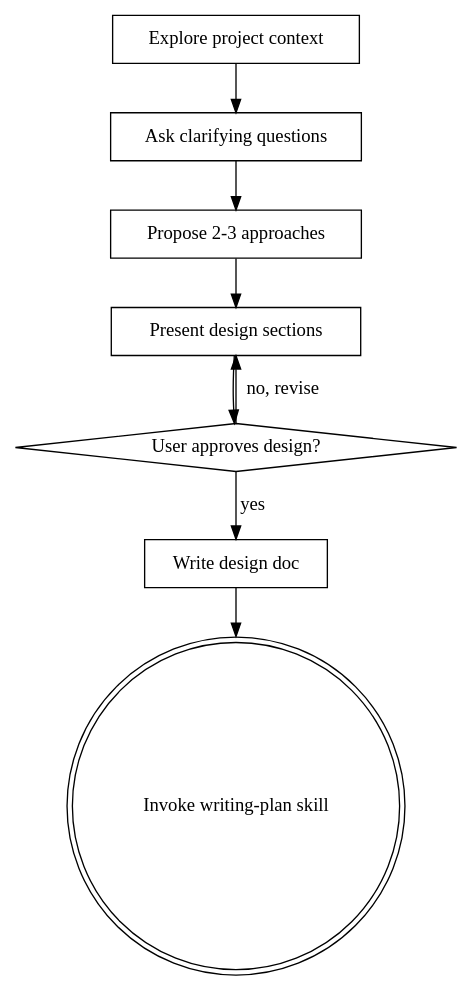
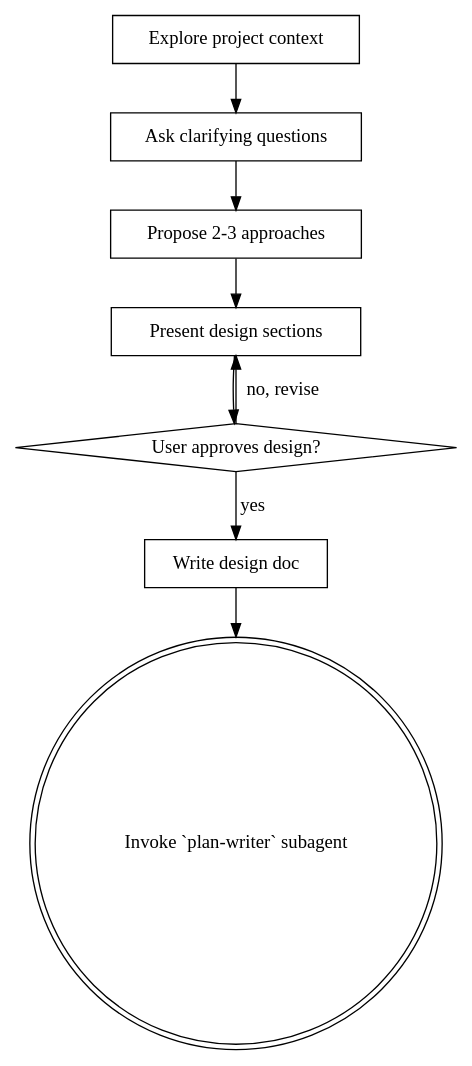
The diagram in config/opencode/agents/plan.md (uglyboy-tl/Dotfiles), drawn with Graphviz before and after one commit. The commit also changed other lines of this file and 5 other files, not shown here.

````diff
--- a/config/opencode/agents/plan.md
+++ b/config/opencode/agents/plan.md
@@ -70,19 +69,19 @@
 ```dot
 digraph brainstorming {
     "Explore project context" [shape=box];
     "Ask clarifying questions" [shape=box];
     "Propose 2-3 approaches" [shape=box];
     "Present design sections" [shape=box];
     "User approves design?" [shape=diamond];
     "Write design doc" [shape=box];
-    "Invoke writing-plan skill" [shape=doublecircle];
+    "Invoke `plan-writer` subagent" [shape=doublecircle];
 
     "Explore project context" -> "Ask clarifying questions";
     "Ask clarifying questions" -> "Propose 2-3 approaches";
     "Propose 2-3 approaches" -> "Present design sections";
     "Present design sections" -> "User approves design?";
     "User approves design?" -> "Present design sections" [label="no, revise"];
     "User approves design?" -> "Write design doc" [label="yes"];
-    "Write design doc" -> "Invoke writing-plan skill";
+    "Write design doc" -> "Invoke `plan-writer` subagent";
 }
 ```
````
